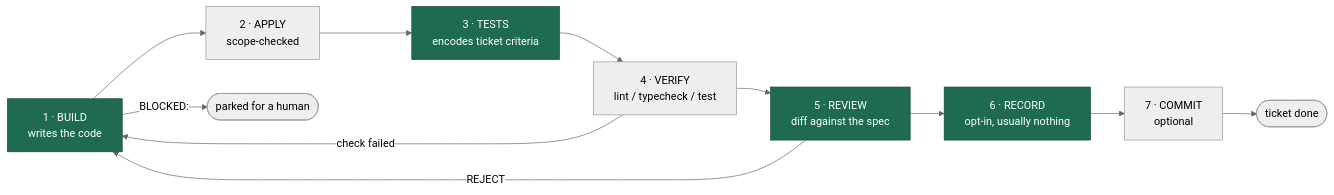
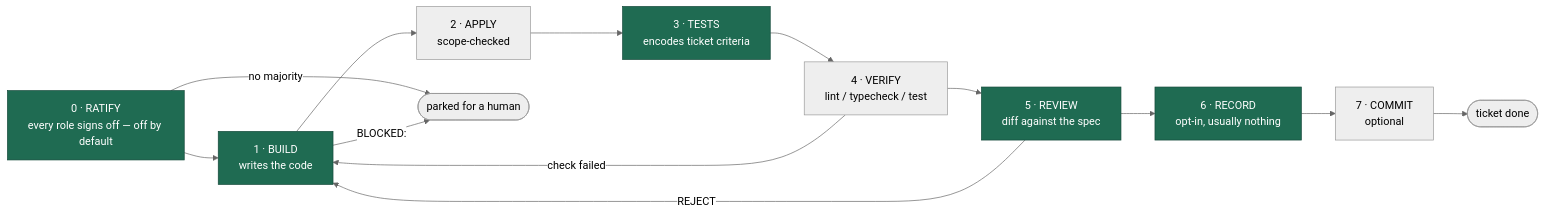
One commit to nschroeder8472/hybrid-forge changed the first of 3 diagrams in docs/ARCHITECTURE.md. Above: the diagram before and after it, drawn with Mermaid (neutral theme). The commit also changed other lines of this file and 13 other files, not shown here.

````diff
--- a/docs/ARCHITECTURE.md
+++ b/docs/ARCHITECTURE.md
@@ -13,21 +13,24 @@
 ```mermaid
 flowchart LR
+    RATIFY["0 · RATIFY<br/>every role signs off — off by default"]
     BUILD["1 · BUILD<br/>writes the code"]
     APPLY["2 · APPLY<br/>scope-checked"]
     TESTS["3 · TESTS<br/>encodes ticket criteria"]
     VERIFY["4 · VERIFY<br/>lint / typecheck / test"]
     REVIEW["5 · REVIEW<br/>diff against the spec"]
     RECORD["6 · RECORD<br/>opt-in, usually nothing"]
     COMMIT["7 · COMMIT<br/>optional"]
     DONE(["ticket done"])
     PARK(["parked for a human"])
 
-    BUILD --> APPLY --> TESTS --> VERIFY --> REVIEW --> RECORD --> COMMIT --> DONE
+    RATIFY --> BUILD --> APPLY --> TESTS --> VERIFY --> REVIEW --> RECORD --> COMMIT --> DONE
+
+    RATIFY -->|"no majority"| PARK
 
     VERIFY -->|"check failed"| BUILD
     REVIEW -->|"REJECT"| BUILD
     BUILD -->|"BLOCKED:"| PARK
 
     classDef model fill:#1F6B52,stroke:#14483A,color:#FFFFFF;
-    class BUILD,TESTS,REVIEW,RECORD model;
+    class RATIFY,BUILD,TESTS,REVIEW,RECORD model;
 ```
````
